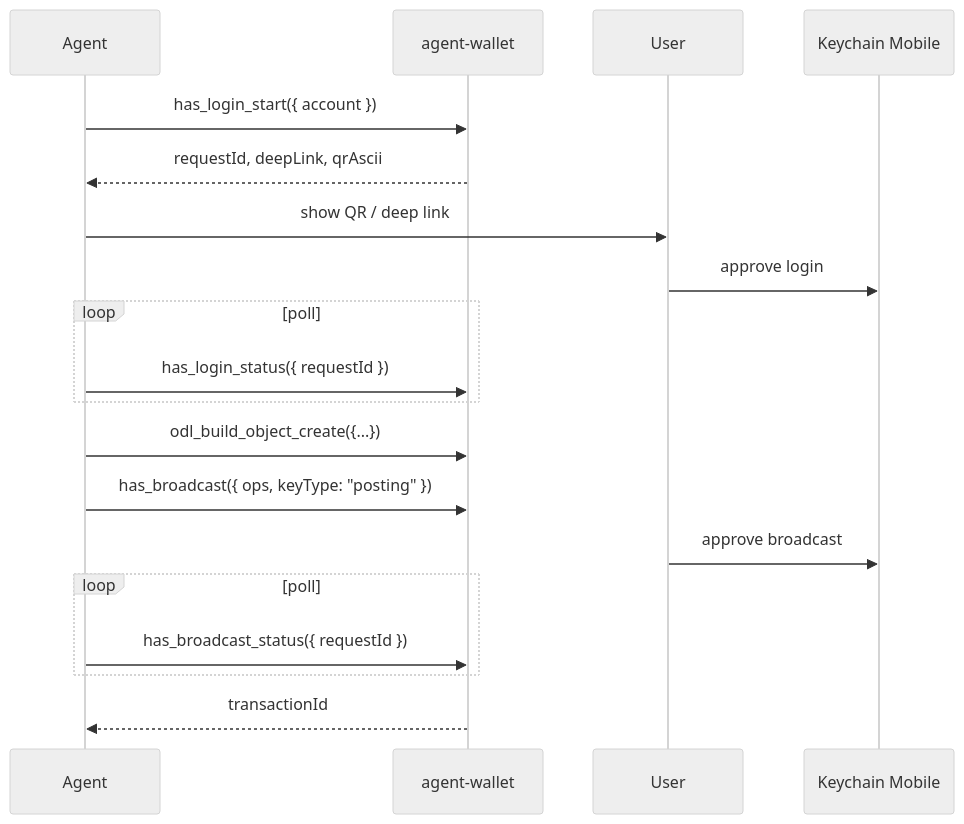
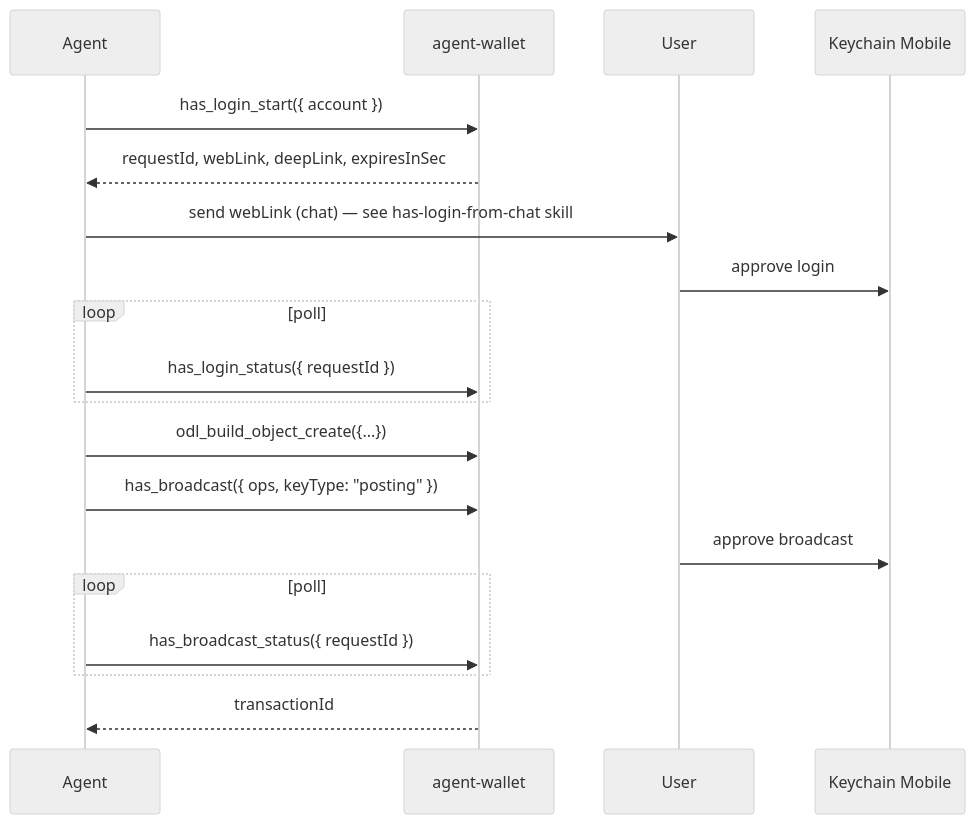
Before and after one commit to Fesmofet/open-data: the diagram in docs/skills/hive-has-agent-wallet.md, drawn with Mermaid (neutral theme). The commit also changed other lines of this file and 51 other files, not shown here.

Commit message:
feat: Add hasWebLinkBase configuration and update login flow; enhance session management with web link support and improve QR code handling in agent-wallet

````diff
--- a/docs/skills/hive-has-agent-wallet.md
+++ b/docs/skills/hive-has-agent-wallet.md
@@ -104,22 +106,22 @@
 ```mermaid
 sequenceDiagram
   participant Agent
   participant Daemon as agent-wallet
   participant User
   participant PKSA as Keychain Mobile
 
   Agent->>Daemon: has_login_start({ account })
-  Daemon-->>Agent: requestId, deepLink, qrAscii
-  Agent->>User: show QR / deep link
+  Daemon-->>Agent: requestId, webLink, deepLink, expiresInSec
+  Agent->>User: send webLink (chat) — see has-login-from-chat skill
   User->>PKSA: approve login
   loop poll
     Agent->>Daemon: has_login_status({ requestId })
   end
   Agent->>Daemon: odl_build_object_create({...})
   Agent->>Daemon: has_broadcast({ ops, keyType: "posting" })
   User->>PKSA: approve broadcast
   loop poll
     Agent->>Daemon: has_broadcast_status({ requestId })
   end
   Daemon-->>Agent: transactionId
 ```
````
